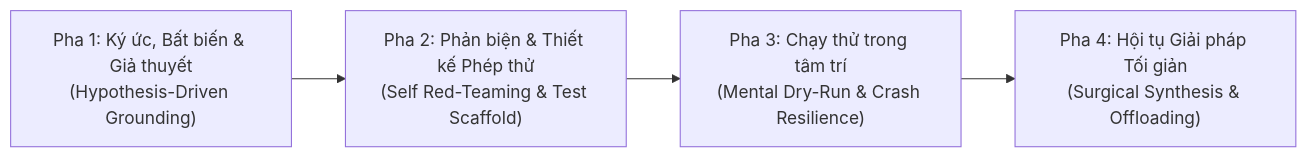
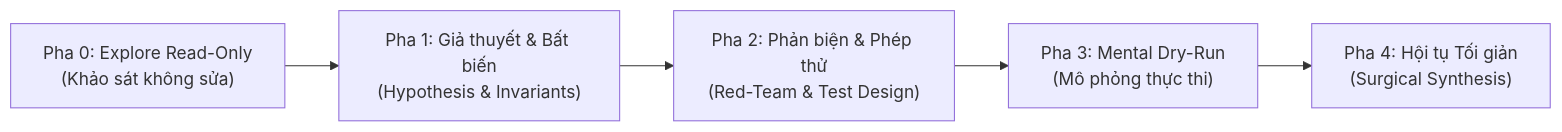
The diagram in SKILL.md (ghostminhtoan/teamwork-preview-protocol-GMTPC), drawn with Mermaid before and after one commit. The commit also changed other lines of this file and 1 other file, not shown here.

Commit message:
feat(skill): optimize cognitive density, add mid-stream self-correction, explore phase and golden behaviors

````diff
--- a/SKILL.md
+++ b/SKILL.md
@@ -102,6 +101,7 @@
 ```mermaid
 flowchart LR
-    P1["Pha 1: Ký ức, Bất biến & Giả thuyết<br>(Hypothesis-Driven Grounding)"] --> P2["Pha 2: Phản biện & Thiết kế Phép thử<br>(Self Red-Teaming & Test Scaffold)"]
-    P2 --> P3["Pha 3: Chạy thử trong tâm trí<br>(Mental Dry-Run & Crash Resilience)"]
-    P3 --> P4["Pha 4: Hội tụ Giải pháp Tối giản<br>(Surgical Synthesis & Offloading)"]
+    P0["Pha 0: Explore Read-Only<br>(Khảo sát không sửa)"] --> P1["Pha 1: Giả thuyết & Bất biến<br>(Hypothesis & Invariants)"]
+    P1 --> P2["Pha 2: Phản biện & Phép thử<br>(Red-Team & Test Design)"]
+    P2 --> P3["Pha 3: Mental Dry-Run<br>(Mô phỏng thực thi)"]
+    P3 --> P4["Pha 4: Hội tụ Tối giản<br>(Surgical Synthesis)"]
 ```
````
